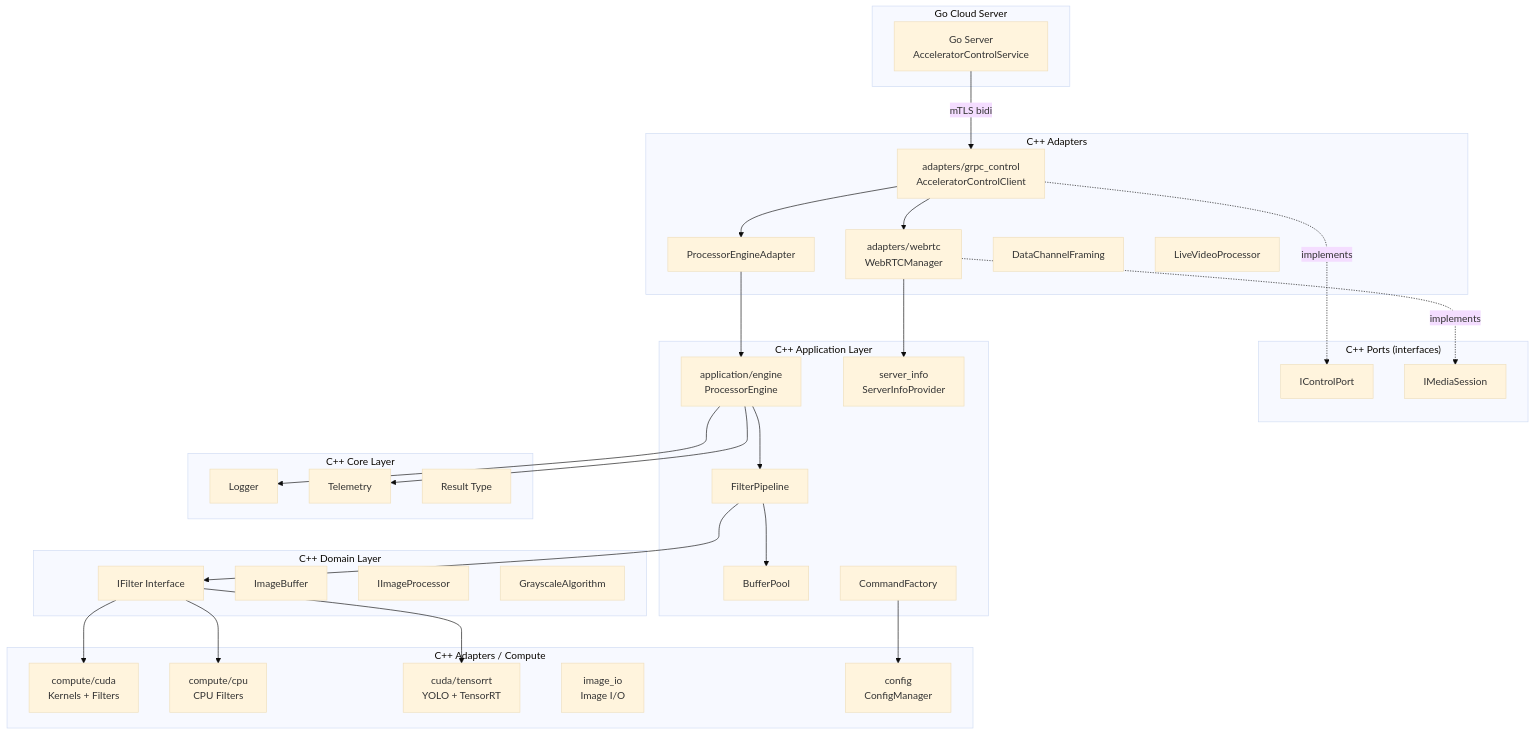
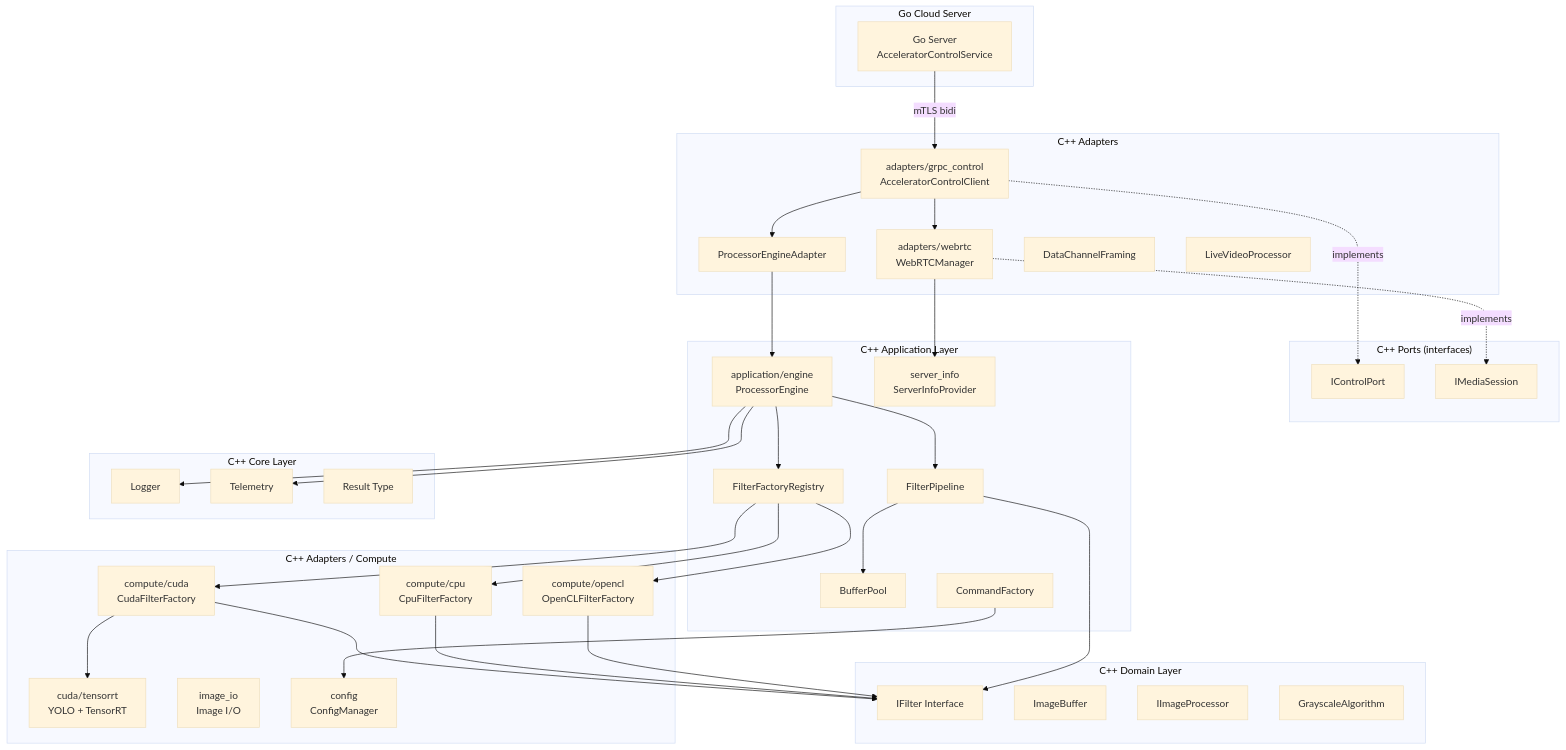
Before and after one commit to josnelihurt/learning-cuda: the second of 6 diagrams in src/cpp_accelerator/README.md, drawn with Mermaid (base theme). The commit also changed other lines of this file and 37 other files, not shown here.

````diff
--- a/src/cpp_accelerator/README.md
+++ b/src/cpp_accelerator/README.md
@@ -89,66 +94,73 @@
 ```mermaid
 graph TB
     subgraph "Go Cloud Server"
         GoServer[Go Server<br/>AcceleratorControlService]
     end
 
     subgraph "C++ Ports (interfaces)"
         IControlPort[IControlPort]
         IMediaSession[IMediaSession]
     end
 
     subgraph "C++ Adapters"
         AccelClient[adapters/grpc_control<br/>AcceleratorControlClient]
         Provider[ProcessorEngineAdapter]
         WebRTCPort[adapters/webrtc<br/>WebRTCManager]
         DataChannelFraming[DataChannelFraming]
         LiveVideoProcessor[LiveVideoProcessor]
     end
 
     subgraph "C++ Application Layer"
         ProcessorEngine[application/engine<br/>ProcessorEngine]
+        FactoryRegistry[FilterFactoryRegistry]
         ServerInfo[server_info<br/>ServerInfoProvider]
         FilterPipeline[FilterPipeline]
         BufferPool[BufferPool]
         CommandFactory[CommandFactory]
     end
 
     subgraph "C++ Domain Layer"
         IFilter[IFilter Interface]
         ImageBuffer[ImageBuffer]
         IImageProcessor[IImageProcessor]
         GrayscaleAlgorithm[GrayscaleAlgorithm]
     end
 
     subgraph "C++ Adapters / Compute"
-        CudaFilters[compute/cuda<br/>Kernels + Filters]
-        CpuFilters[compute/cpu<br/>CPU Filters]
+        CudaFactory[compute/cuda<br/>CudaFilterFactory]
+        CpuFactory[compute/cpu<br/>CpuFilterFactory]
+        OpenCLFactory[compute/opencl<br/>OpenCLFilterFactory]
         TRTInference[cuda/tensorrt<br/>YOLO + TensorRT]
         ImageIO[image_io<br/>Image I/O]
         ConfigManager[config<br/>ConfigManager]
     end
 
     subgraph "C++ Core Layer"
         Logger[Logger]
         Telemetry[Telemetry]
         Result[Result Type]
     end
 
     GoServer -->|mTLS bidi| AccelClient
     AccelClient -.->|implements| IControlPort
     WebRTCPort -.->|implements| IMediaSession
     AccelClient --> Provider
     Provider --> ProcessorEngine
     AccelClient --> WebRTCPort
     WebRTCPort --> ServerInfo
 
     ProcessorEngine --> FilterPipeline
     FilterPipeline --> BufferPool
     FilterPipeline --> IFilter
-    IFilter --> CudaFilters
-    IFilter --> CpuFilters
-    IFilter --> TRTInference
+    ProcessorEngine --> FactoryRegistry
+    FactoryRegistry --> CudaFactory
+    FactoryRegistry --> CpuFactory
+    FactoryRegistry --> OpenCLFactory
+    CudaFactory --> IFilter
+    CpuFactory --> IFilter
+    OpenCLFactory --> IFilter
+    CudaFactory --> TRTInference
     CommandFactory --> ConfigManager
     ProcessorEngine --> Logger
     ProcessorEngine --> Telemetry
 ```
````
